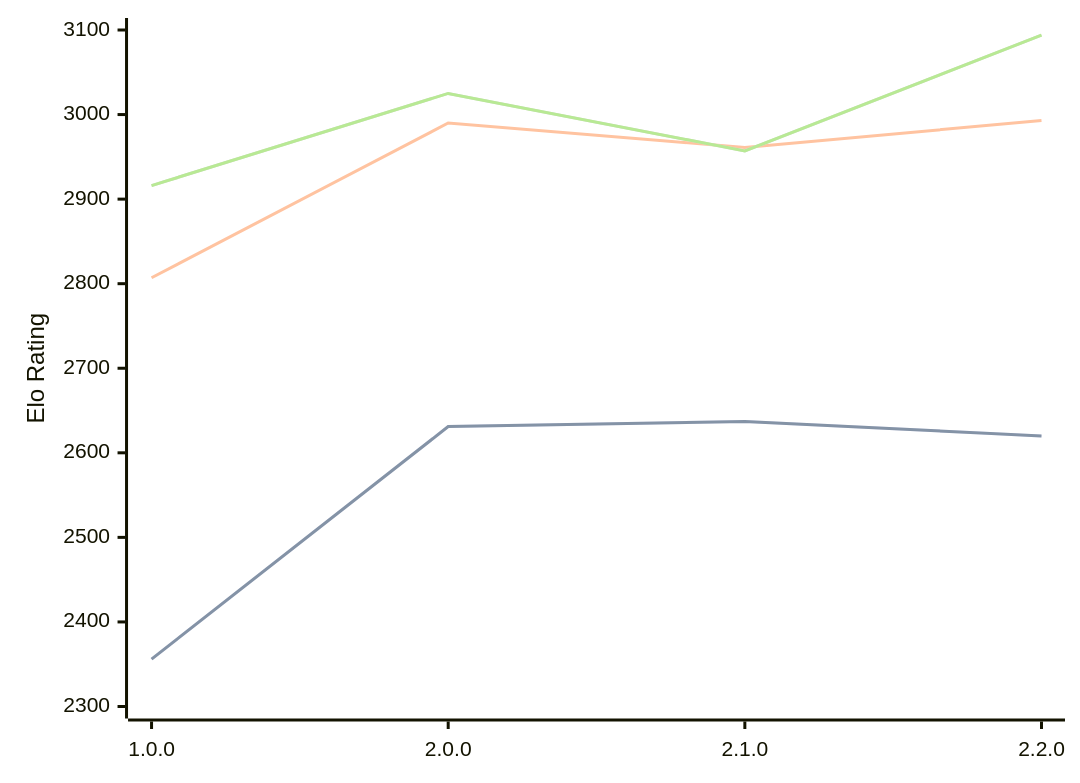
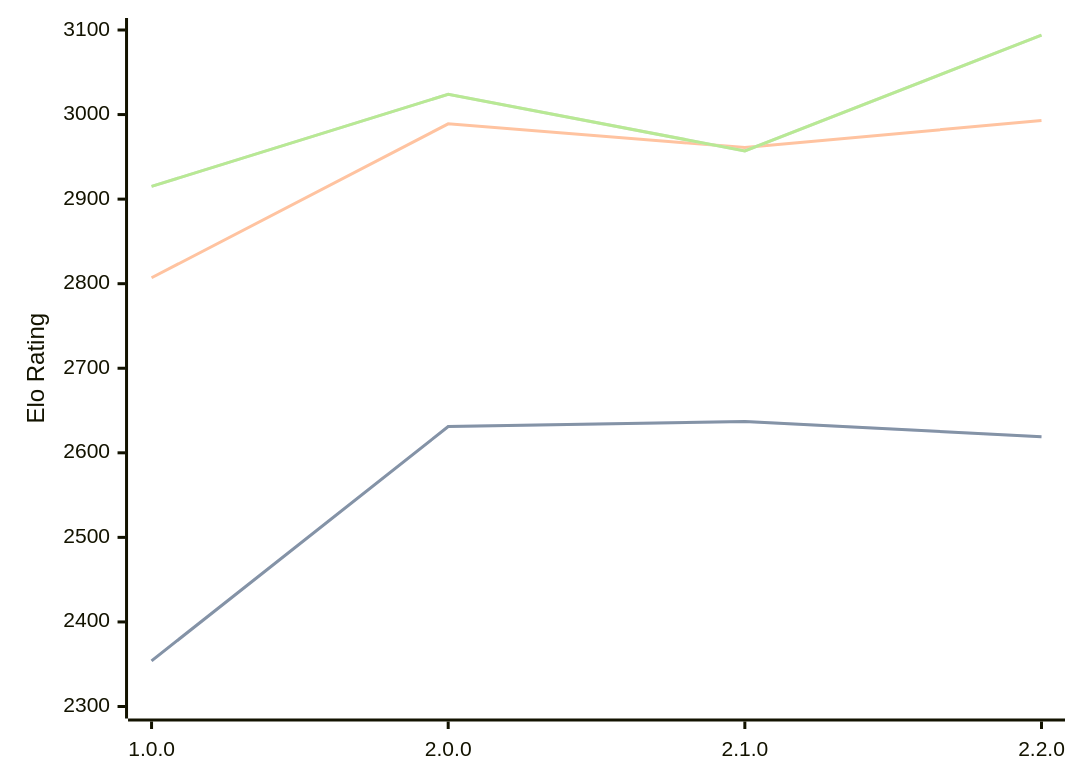
Before and after one commit to computer-chess-index/cci: the diagram in engines/Catalyst.md, drawn with Mermaid. The commit also changed other lines of this file, not shown here.

Commit message:
Update CCI Ratings (ELO VLTC) - 2026-04-20

````diff
--- a/engines/Catalyst.md
+++ b/engines/Catalyst.md
@@ -34,11 +34,11 @@
 ```mermaid
 %%{init: {"theme":"base","themeVariables":{"seriesColors:['#a3a3a3','#222221','#faa371']}}}%%
 xychart-beta
   x-axis ["1.0.0", "2.0.0", "2.1.0", "2.2.0"]
   y-axis "Elo Rating" 2300 --> 3100
-  line "STC (8.0+0.08s)" [2356, 2631, 2637, 2620]
-  line "STC (8.0+0.08s)" [2356, 2631, 2637, 2620]
-  line "LTC (60.0+0.60s)" [2807, 2990, 2961, 2993]
-  line "VLTC (2m24s+1.12s)" [2916, 3025, 2957, 3094]
-  line "VLTC (2m24s+1.12s)" [2916, 3025, 2957, 3094]
+  line "STC (8.0+0.08s)" [2354, 2631, 2637, 2619]
+  line "STC (8.0+0.08s)" [2354, 2631, 2637, 2619]
+  line "LTC (60.0+0.60s)" [2807, 2989, 2961, 2993]
+  line "VLTC (2m24s+1.12s)" [2915, 3024, 2957, 3094]
+  line "VLTC (2m24s+1.12s)" [2915, 3024, 2957, 3094]
 ```
````
